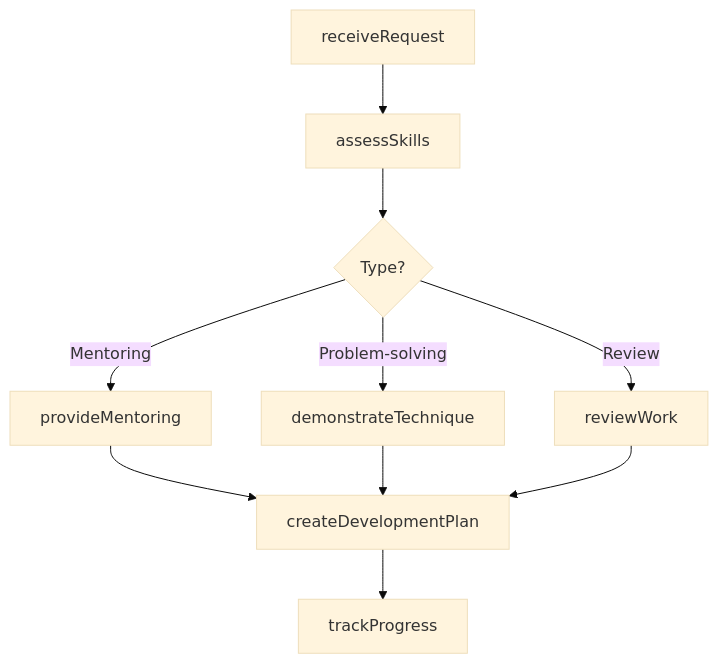
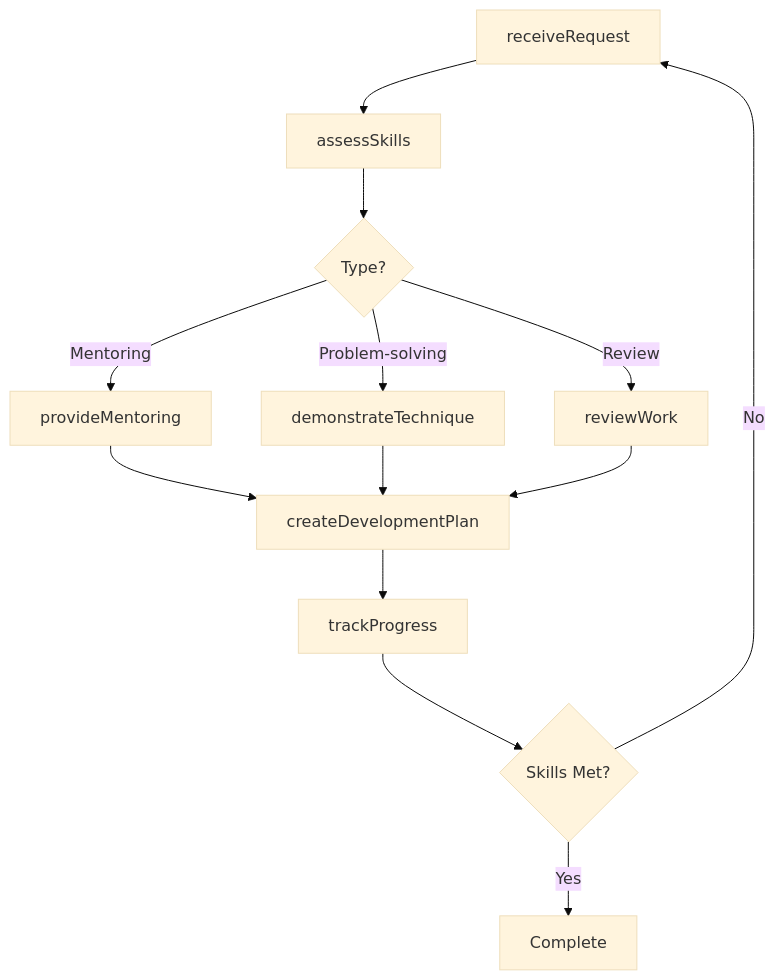
Before and after one commit to dot-org-ai/tasks.org.ai: the third of 4 diagrams in ProvidingConsultationAndAdviceToOthers/AdviseOthersOnTheDesignOrUseOfTechnologies/ProvideTechnicalGuidancePersonnel.mdx, drawn with Mermaid (base theme). The commit also changed other lines of this file and 307 other files, not shown here.

First line of the commit message:
feat: Add ER diagrams and state diagrams to remaining 308 DWA task files (wave 3 complete)

````diff
--- a/ProvidingConsultationAndAdviceToOthers/AdviseOthersOnTheDesignOrUseOfTechnologies/ProvideTechnicalGuidancePersonnel.mdx
+++ b/ProvidingConsultationAndAdviceToOthers/AdviseOthersOnTheDesignOrUseOfTechnologies/ProvideTechnicalGuidancePersonnel.mdx
@@ -87,12 +116,15 @@
 ```mermaid
 graph TD
     A[receiveRequest] --> B[assessSkills]
     B --> C{Type?}
     C -->|Mentoring| D[provideMentoring]
     C -->|Problem-solving| E[demonstrateTechnique]
     C -->|Review| F[reviewWork]
     D --> G[createDevelopmentPlan]
     E --> G
     F --> G
     G --> H[trackProgress]
+    H --> I{Skills Met?}
+    I -->|No| A
+    I -->|Yes| J[Complete]
 ```
````
